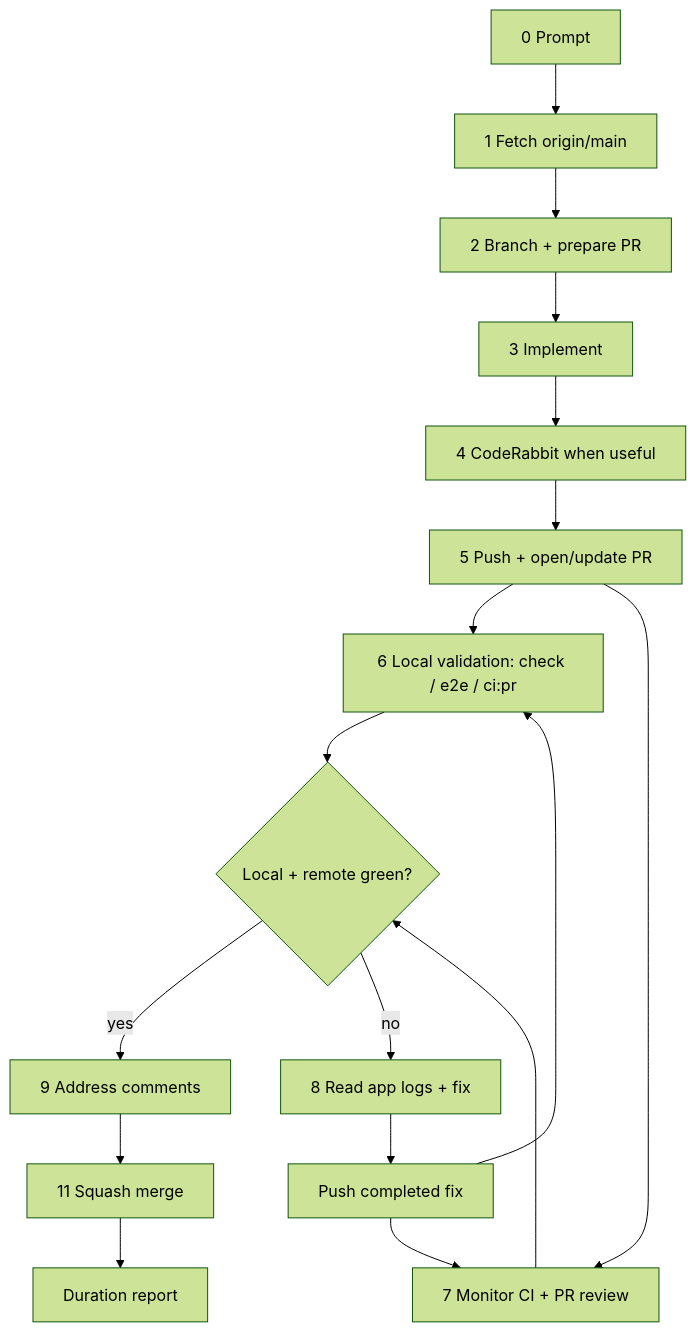
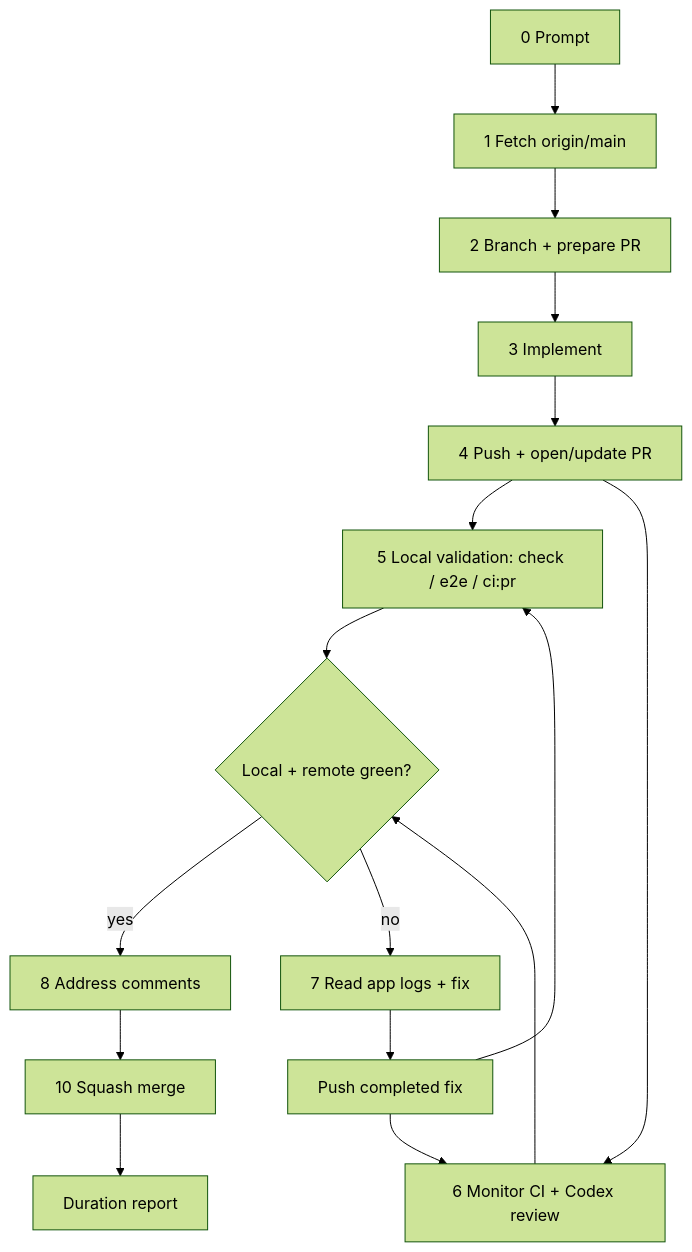
One commit to meta-secret/nook changed the diagram in .cortex/workflows/coding-bro.md. Above: the diagram before and after it, drawn with Mermaid (forest theme). The commit also changed other lines of this file and 9 other files, not shown here.

Commit message:
docs: switch code review from CodeRabbit to Codex

````diff
--- a/.cortex/workflows/coding-bro.md
+++ b/.cortex/workflows/coding-bro.md
@@ -129,19 +128,18 @@
 ```mermaid
 flowchart TD
   P[0 Prompt] --> F[1 Fetch origin/main]
   F --> B[2 Branch + prepare PR]
   B --> I[3 Implement]
-  I --> CR[4 CodeRabbit when useful]
-  CR --> PU[5 Push + open/update PR]
-  PU --> L[6 Local validation: check / e2e / ci:pr]
-  PU --> PR[7 Monitor CI + PR review]
+  I --> PU[4 Push + open/update PR]
+  PU --> L[5 Local validation: check / e2e / ci:pr]
+  PU --> PR[6 Monitor CI + Codex review]
   L --> G{Local + remote green?}
   PR --> G
-  G -->|yes| C[9 Address comments]
-  C --> M[11 Squash merge]
-  G -->|no| FIX[8 Read app logs + fix]
+  G -->|yes| C[8 Address comments]
+  C --> M[10 Squash merge]
+  G -->|no| FIX[7 Read app logs + fix]
   FIX --> PUSH[Push completed fix]
   PUSH --> L
   PUSH --> PR
   M --> D[Duration report]
 ```
````
